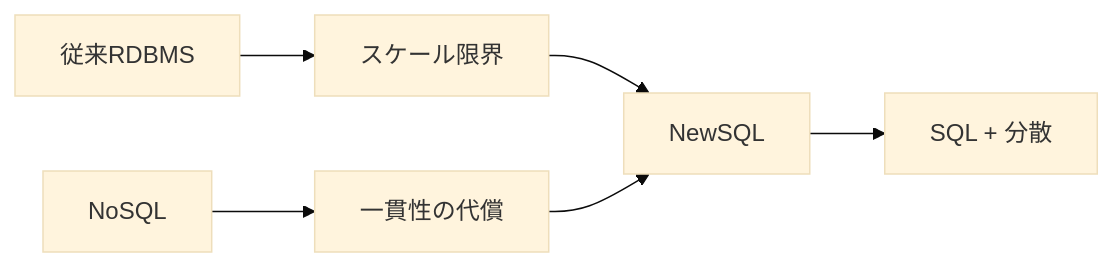
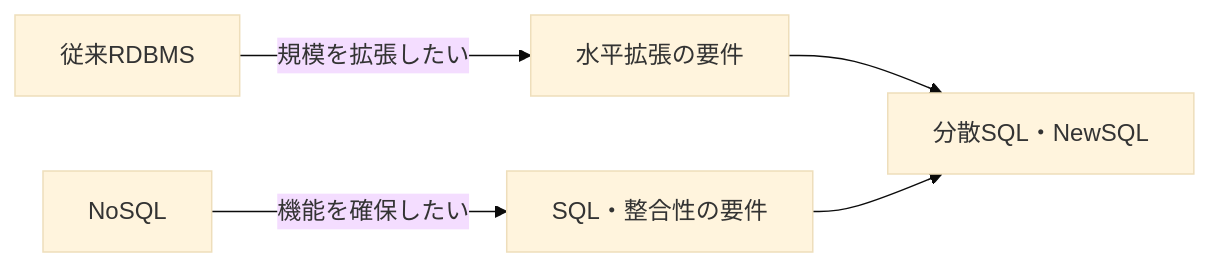
Before and after one commit to daylight55/research: the first of 3 diagrams in articles/report/newsql-yugabyte-brief/ja/index.mdx, drawn with Mermaid (base theme). The commit also changed other lines of this file and 181 other files, not shown here.

First line of the commit message:
全記事の図解368点を再生成し、共通注意書きを削除 (#402)

````diff
--- a/articles/report/newsql-yugabyte-brief/ja/index.mdx
+++ b/articles/report/newsql-yugabyte-brief/ja/index.mdx
@@ -45,8 +45,14 @@
 ```mermaid
 flowchart LR
-  RDB["従来RDBMS"] --> Gap["スケール限界"]
-  NoSQL["NoSQL"] --> Trade["一貫性の代償"]
-  Gap --> NewSQL["NewSQL"]
-  Trade --> NewSQL
-  NewSQL --> Goal["SQL + 分散"]
+  accTitle: 分散SQLが応える二つの要件
+  accDescr: 従来RDBMSの拡張要件とNoSQLでの整合性・SQL要件を分け、分散SQLの選択理由を検討する。
+  N0["従来RDBMS"]
+  N1["水平拡張の要件"]
+  N2["NoSQL"]
+  N3["SQL・整合性の要件"]
+  N4["分散SQL・NewSQL"]
+  N0 -->|規模を拡張したい| N1
+  N2 -->|機能を確保したい| N3
+  N1 --> N4
+  N3 --> N4
 ```
````
